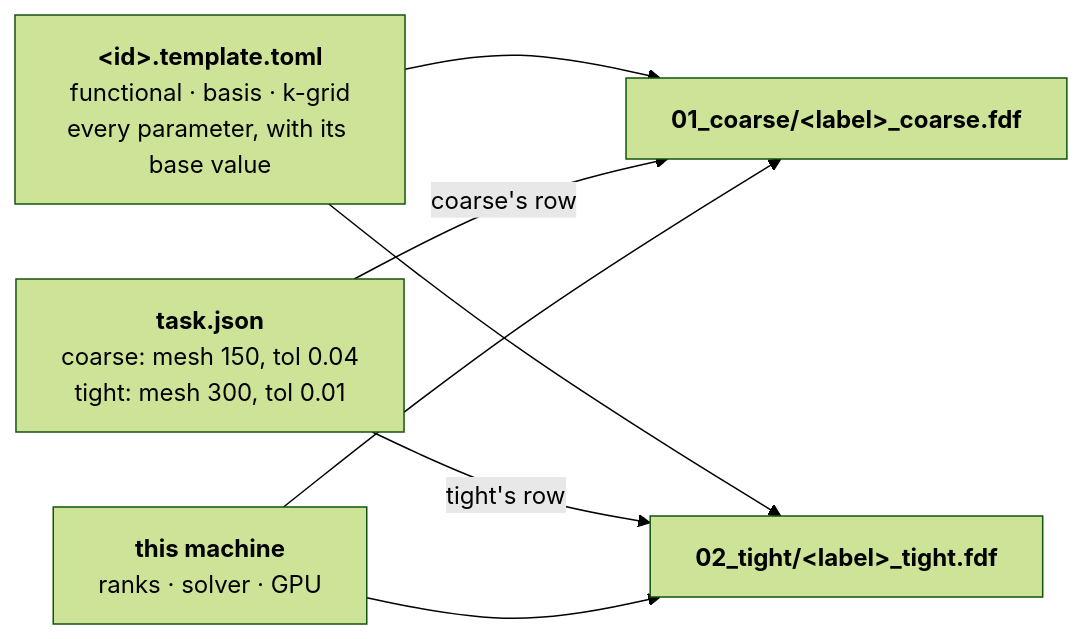
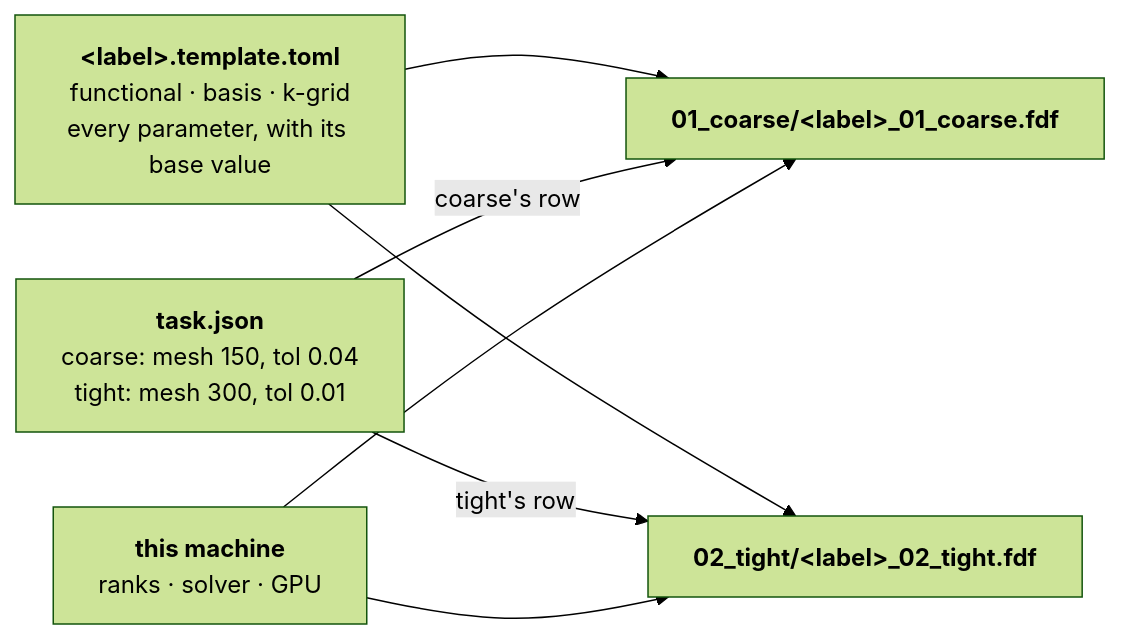
The diagram in docs/engines/stages.md (Qing-LAB/molbuilder), drawn with Mermaid (forest theme) before and after one commit. The commit also changed other lines of this file and 18 other files, not shown here.

````diff
--- a/docs/engines/stages.md
+++ b/docs/engines/stages.md
@@ -1028,14 +1033,14 @@
 ```mermaid
 flowchart LR
-    T["<b>&lt;id&gt;.template.toml</b><br/>functional · basis · k-grid<br/>every parameter, with its base value"]
+    T["<b>&lt;label&gt;.template.toml</b><br/>functional · basis · k-grid<br/>every parameter, with its base value"]
     J["<b>task.json</b><br/>coarse: mesh 150, tol 0.04<br/>tight:  mesh 300, tol 0.01"]
     M["<b>this machine</b><br/>ranks · solver · GPU"]
-    DC["<b>01_coarse/&lt;label&gt;_coarse.fdf</b>"]
-    DT["<b>02_tight/&lt;label&gt;_tight.fdf</b>"]
+    DC["<b>01_coarse/&lt;label&gt;_01_coarse.fdf</b>"]
+    DT["<b>02_tight/&lt;label&gt;_02_tight.fdf</b>"]
     T --> DC
     T --> DT
     J -->|"coarse's row"| DC
     J -->|"tight's row"| DT
     M --> DC
     M --> DT
 ```
````
